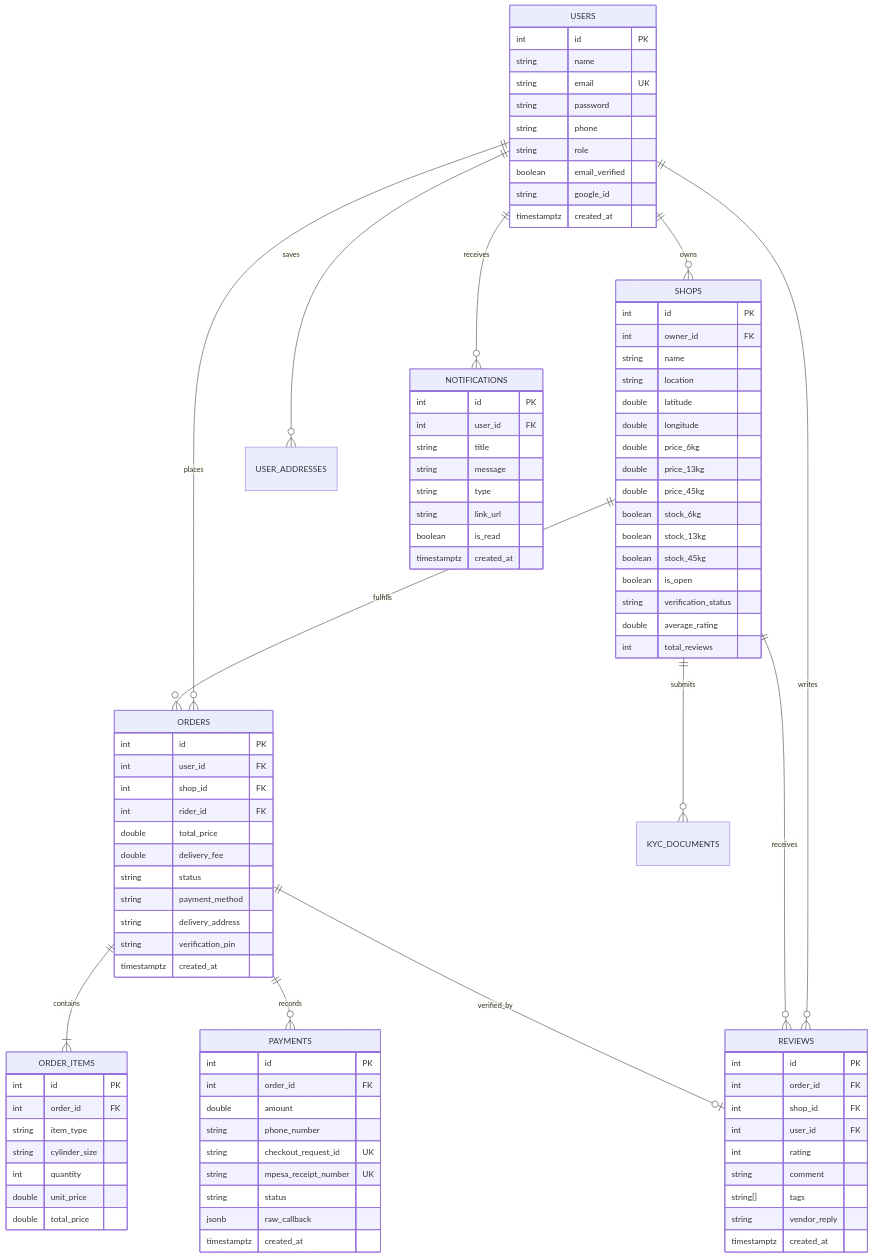
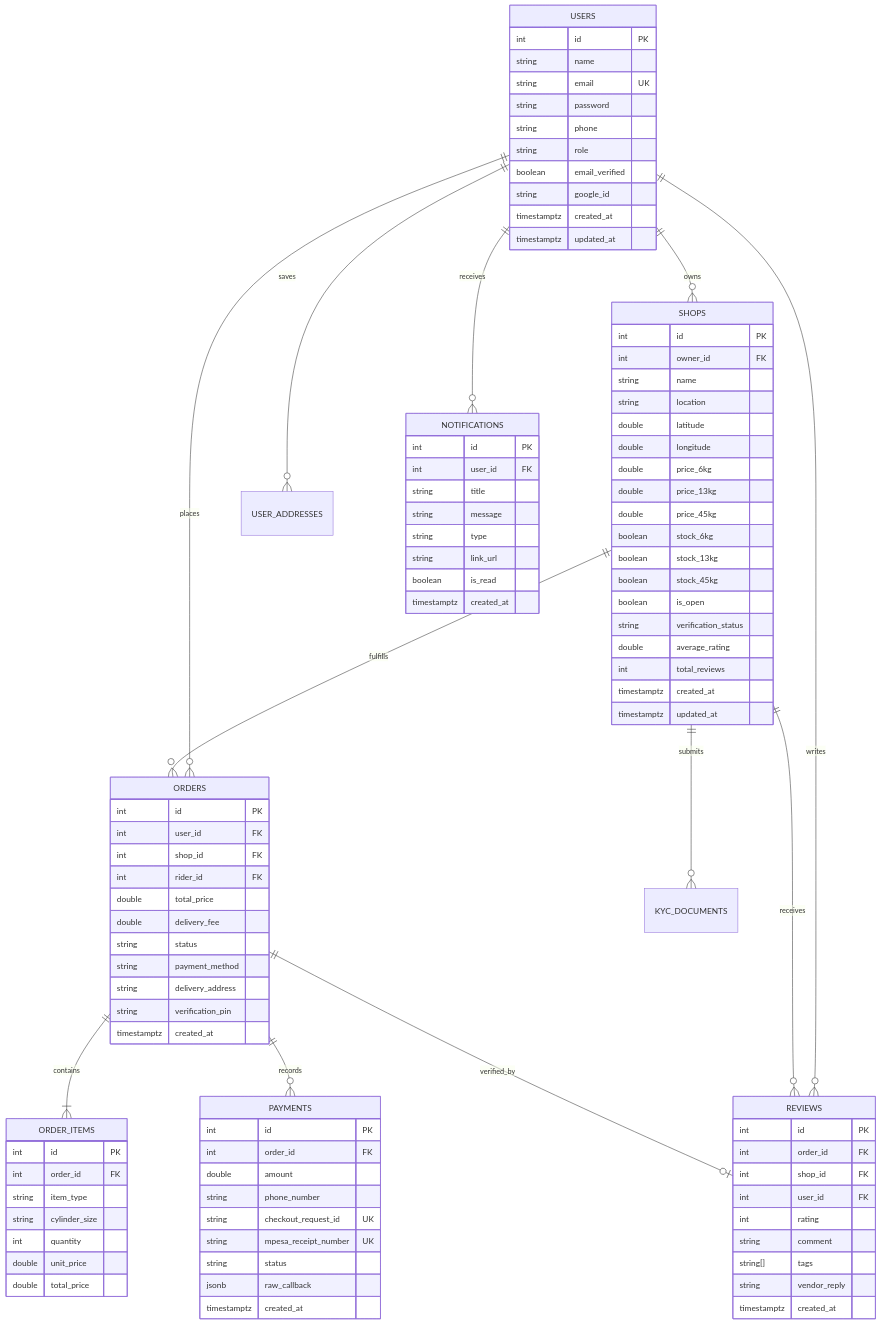
Before and after one commit to wanjiru-noreen/halisi: the diagram in docs/DATABASE.md, drawn with Mermaid. The commit also changed other lines of this file and 17 other files, not shown here.

Commit message:
feat(database): normalize schema constraints and timestamps

```diff
--- a/docs/DATABASE.md
+++ b/docs/DATABASE.md
@@ -37,6 +37,7 @@
         boolean email_verified
         string google_id
         timestamptz created_at
+        timestamptz updated_at
     }
 
     SHOPS {
@@ -56,6 +57,8 @@
         string verification_status
         double average_rating
         int total_reviews
+        timestamptz created_at
+        timestamptz updated_at
     }
 
     ORDERS {
```
